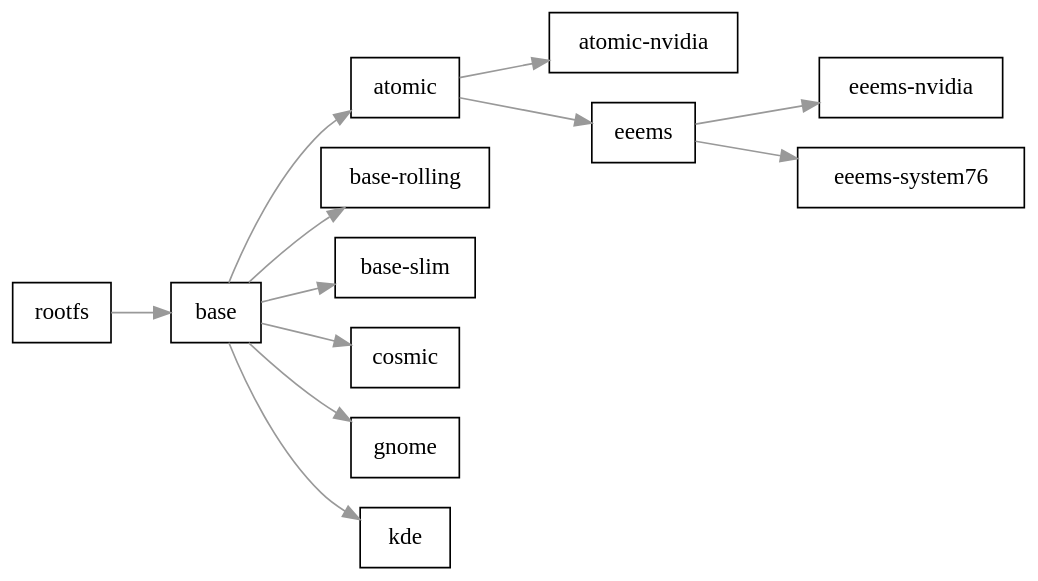
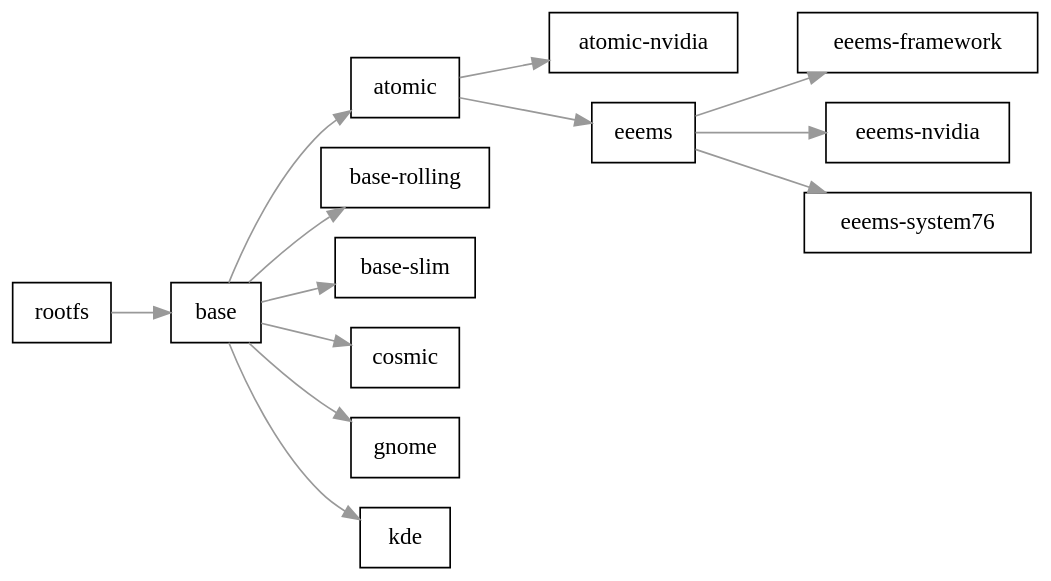
Before and after one commit to Eeems/arkes: the diagram in web/src/variants.rst, drawn with Graphviz. The commit also changed other lines of this file and 16 other files, not shown here.

First line of the commit message:
Add eeems-framework variant (#128)

```diff
--- a/web/src/variants.rst
+++ b/web/src/variants.rst
@@ -18,33 +18,35 @@
 .. graphviz::
 
    digraph variant_hierarchy {
        rankdir=LR;
        bgcolor=transparent;
        node [shape=box,style=filled,fillcolor=white];
        edge [color="#999999",fontcolor="#999999"];
 
        atomic [label="atomic"];
        atomic_nvidia [label="atomic-nvidia"];
        base [label="base"];
        base_rolling [label="base-rolling"];
        base_slim [label="base-slim"];
        cosmic [label="cosmic"];
        eeems [label="eeems"];
+       eeems_framework [label="eeems-framework"];
        eeems_nvidia [label="eeems-nvidia"];
        eeems_system76 [label="eeems-system76"];
        gnome [label="gnome"];
        kde [label="kde"];
        rootfs [label="rootfs"];
 
        base -> atomic;
        atomic -> atomic_nvidia;
        rootfs -> base;
        base -> base_rolling;
        base -> base_slim;
        base -> cosmic;
        atomic -> eeems;
+       eeems -> eeems_framework;
        eeems -> eeems_nvidia;
        eeems -> eeems_system76;
        base -> gnome;
        base -> kde;
    }
```
